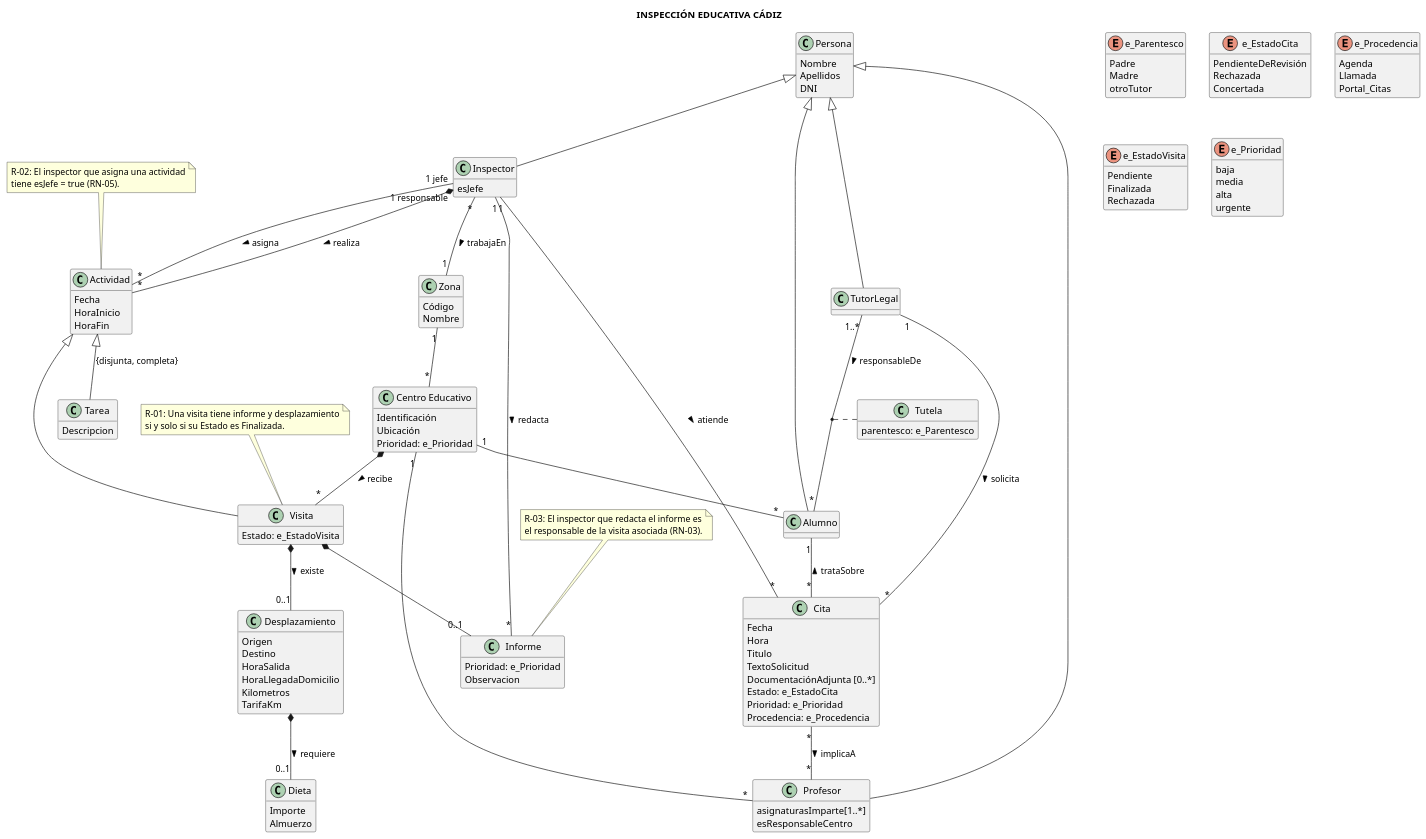
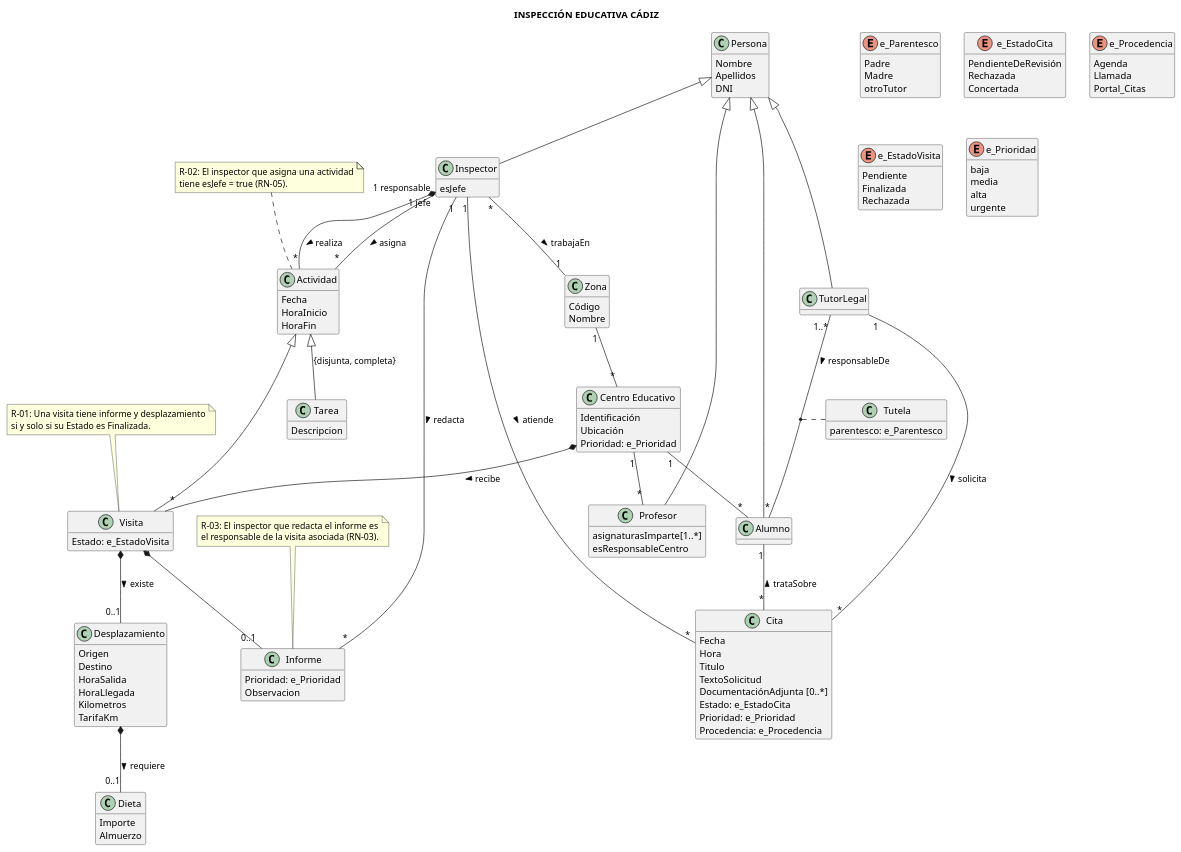
One commit to lorenzomaranon/ProyectoBD_Inspeccion_Educativa changed the diagram in modelado/escenarios/escenario_1/escenario_1.puml. Above: the diagram before and after it, drawn with PlantUML.

Commit message:
Eliminada una relacion y corregido el nombre de un atributo para dejar escenario_1 igual que modelo_conceptual

```diff
--- a/modelado/escenarios/escenario_1/escenario_1.puml
+++ b/modelado/escenarios/escenario_1/escenario_1.puml
@@ -98,7 +98,7 @@
     Origen
     Destino
     HoraSalida
-    HoraLlegadaDomicilio
+    HoraLlegada
     Kilometros
     TarifaKm
 }
@@ -224,7 +224,6 @@
 CentroEducativo "1" -- "*" Alumno
 CentroEducativo "1" -- "*" Profesor
 Alumno "1" -- "*" Cita: trataSobre <
-Cita "*" -- "*" Profesor: implicaA >
 
 'Restricciones'
 
```
